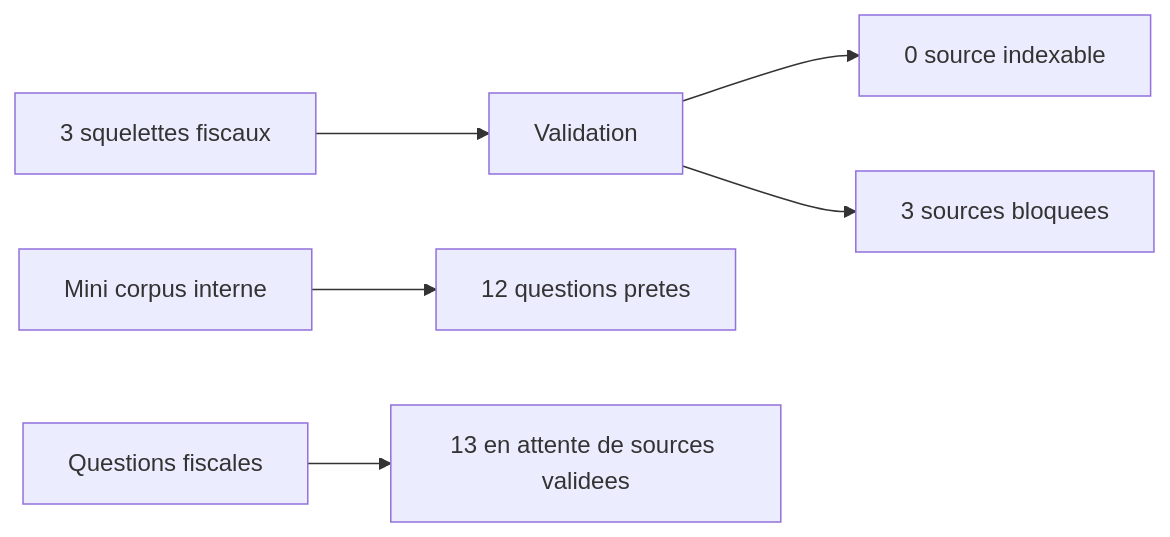
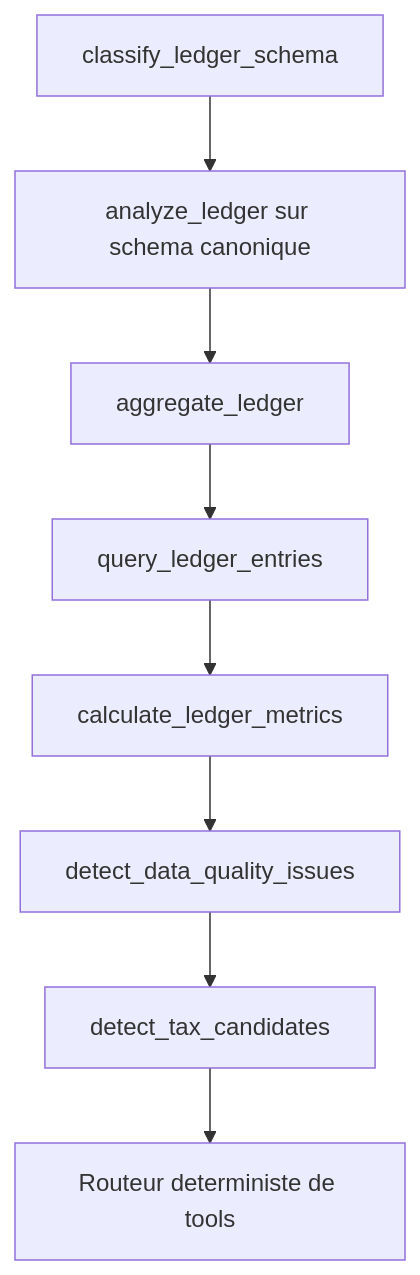
One commit to Appolinairee/fiscal-control-engine changed the ninth of 9 diagrams in docs/rag-flow-mermaid.md. Above: the diagram before and after it, drawn with Mermaid. The commit also changed other lines of this file and 24 other files, not shown here.

First line of the commit message:
feat(agent): implement deterministic tool routing and analytical ledger tools

````diff
--- a/docs/rag-flow-mermaid.md
+++ b/docs/rag-flow-mermaid.md
@@ -113,8 +187,10 @@
 ```mermaid
-flowchart LR
-    A[3 squelettes fiscaux] --> B[Validation]
-    B --> C[0 source indexable]
-    B --> D[3 sources bloquees]
-    E[Mini corpus interne] --> F[12 questions pretes]
-    G[Questions fiscales] --> H[13 en attente de sources validees]
+flowchart TD
+    A[classify_ledger_schema] --> A2[analyze_ledger sur schema canonique]
+    A2 --> B[aggregate_ledger]
+    B --> C[query_ledger_entries]
+    C --> D[calculate_ledger_metrics]
+    D --> E[detect_data_quality_issues]
+    E --> F[detect_tax_candidates]
+    F --> G[Routeur deterministe de tools]
 ```
````
